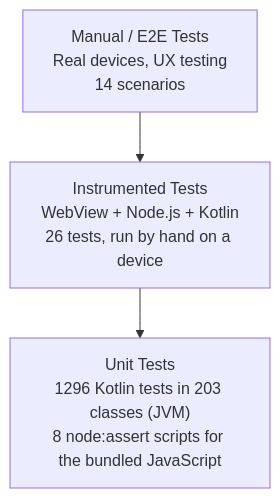
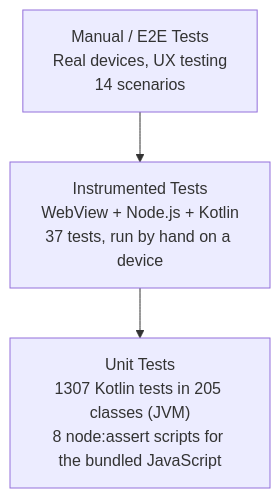
One commit to cuixinyuan666/vscodroid changed the first of 3 diagrams in docs/07-TESTING_STRATEGY.md. Above: the diagram before and after it, drawn with Mermaid. The commit also changed other lines of this file and 11 other files, not shown here.

````diff
--- a/docs/07-TESTING_STRATEGY.md
+++ b/docs/07-TESTING_STRATEGY.md
@@ -23,5 +23,5 @@
 ```mermaid
 flowchart TD
-  E2E["Manual / E2E Tests<br/>Real devices, UX testing<br/>14 scenarios"] --> INT["Instrumented Tests<br/>WebView + Node.js + Kotlin<br/>26 tests, run by hand on a device"]
-  INT --> UNIT["Unit Tests<br/>1296 Kotlin tests in 203 classes (JVM)<br/>8 node:assert scripts for the bundled JavaScript"]
+  E2E["Manual / E2E Tests<br/>Real devices, UX testing<br/>14 scenarios"] --> INT["Instrumented Tests<br/>WebView + Node.js + Kotlin<br/>37 tests, run by hand on a device"]
+  INT --> UNIT["Unit Tests<br/>1307 Kotlin tests in 205 classes (JVM)<br/>8 node:assert scripts for the bundled JavaScript"]
 ```
````
